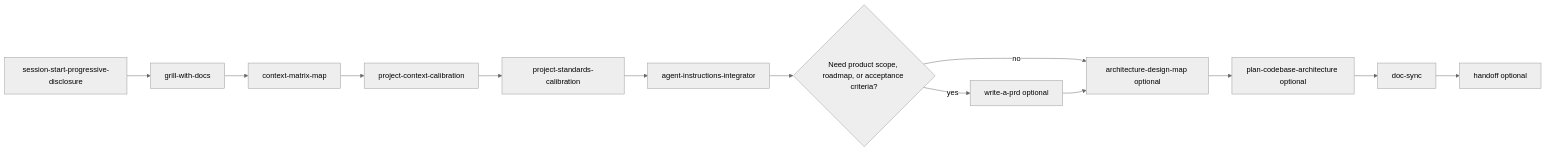
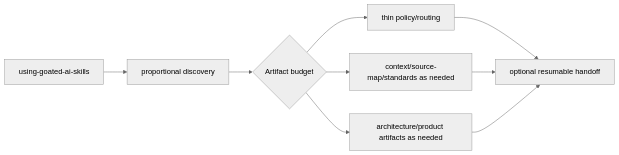
Before and after one commit to ZakkFromSource/goated-ai-skills: the second of 3 diagrams in docs/how-to-use.md, drawn with Mermaid (neutral theme). The commit also changed other lines of this file and 22 other files, not shown here.

````diff
--- a/docs/how-to-use.md
+++ b/docs/how-to-use.md
@@ -58,15 +61,11 @@
 ```mermaid
 flowchart LR
-  A["session-start-progressive-disclosure"] --> B["grill-with-docs"]
-  B --> C["context-matrix-map"]
-  C --> D["project-context-calibration"]
-  D --> E["project-standards-calibration"]
-  E --> F["agent-instructions-integrator"]
-  F --> G{"Need product scope, roadmap, or acceptance criteria?"}
-  G -->|yes| H["write-a-prd optional"]
-  G -->|no| I["architecture-design-map optional"]
-  H --> I
-  I --> J["plan-codebase-architecture optional"]
-  J --> K["doc-sync"]
-  K --> L["handoff optional"]
+  A["using-goated-ai-skills"] --> B["proportional discovery"]
+  B --> C{"Artifact budget"}
+  C --> D["thin policy/routing"]
+  C --> E["context/source-map/standards as needed"]
+  C --> F["architecture/product artifacts as needed"]
+  D --> G["optional resumable handoff"]
+  E --> G
+  F --> G
 ```
````
